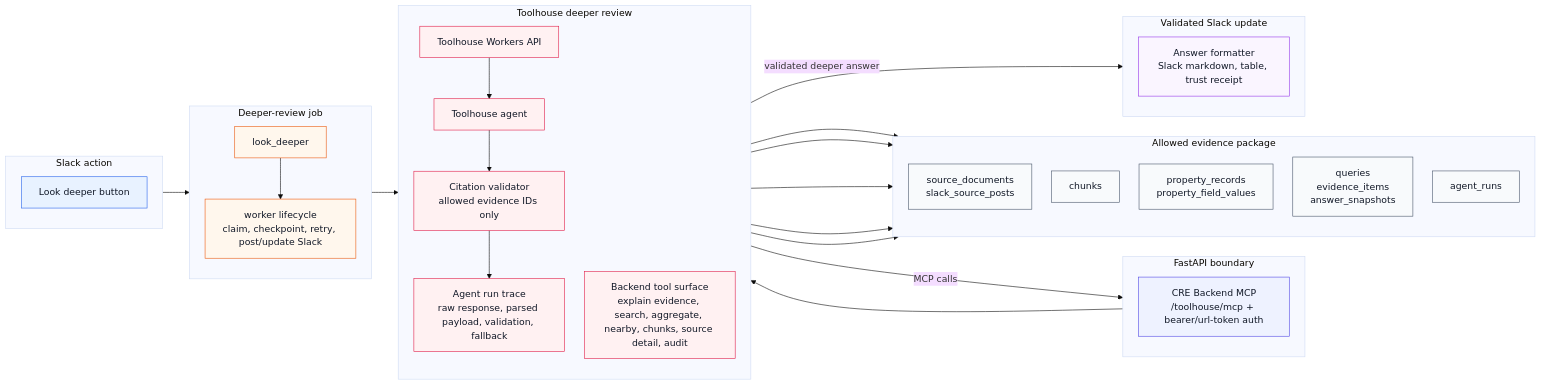
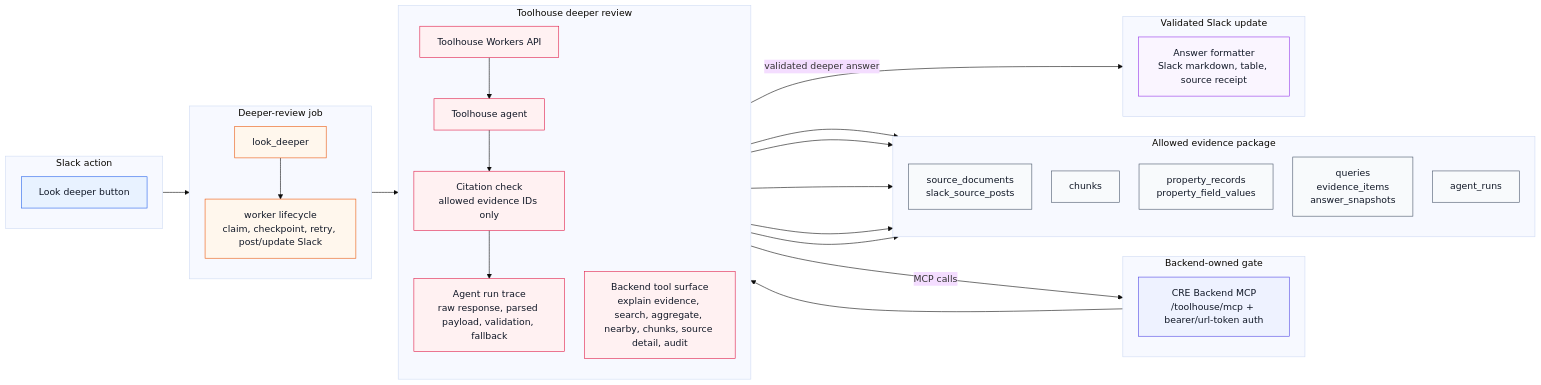
One commit to Aqwerty321/CRE-Knowledge-Engine changed the fourth of 8 diagrams in README.md. Above: the diagram before and after it, drawn with Mermaid (base theme). The commit also changed other lines of this file and 10 other files, not shown here.

````diff
--- a/README.md
+++ b/README.md
@@ -230,67 +230,67 @@
 ```mermaid
 %%{init: {"flowchart": {"curve": "basis", "nodeSpacing": 34, "rankSpacing": 46}} }%%
 flowchart LR
     classDef surface fill:#e8f2ff,stroke:#2563eb,color:#111827
     classDef app fill:#eef2ff,stroke:#4f46e5,color:#111827
     classDef jobs fill:#fff7ed,stroke:#ea580c,color:#111827
     classDef store fill:#f8fafc,stroke:#475569,color:#111827
     classDef answer fill:#faf5ff,stroke:#9333ea,color:#111827
     classDef toolhouse fill:#fff1f2,stroke:#e11d48,color:#111827
 
     subgraph S[Slack action]
         direction TB
         S3[Look deeper button]
     end
 
     subgraph J[Deeper-review job]
         direction TB
         J3[look_deeper]
         J4[worker lifecycle\nclaim, checkpoint, retry, post/update Slack]
     end
 
-    subgraph A[FastAPI boundary]
+    subgraph A[Backend-owned gate]
         direction TB
         A4[CRE Backend MCP\n/toolhouse/mcp + bearer/url-token auth]
     end
 
     subgraph T[Toolhouse deeper review]
         direction TB
         T1[Toolhouse Workers API]
         T2[Toolhouse agent]
         T3[Backend tool surface\nexplain evidence, search, aggregate, nearby, chunks, source detail, audit]
-        T4[Citation validator\nallowed evidence IDs only]
+        T4[Citation check\nallowed evidence IDs only]
         T5[Agent run trace\nraw response, parsed payload, validation, fallback]
     end
 
     subgraph E[Allowed evidence package]
         direction TB
         E1[source_documents\nslack_source_posts]
         E2[chunks]
         E3[property_records\nproperty_field_values]
         E4[queries\nevidence_items\nanswer_snapshots]
         E5[agent_runs]
     end
 
     subgraph R[Validated Slack update]
         direction TB
-        R4[Answer formatter\nSlack markdown, table, trust receipt]
+        R4[Answer formatter\nSlack markdown, table, source receipt]
     end
 
     S3 --> J3 --> J4 --> T1 --> T2
     T2 -->|MCP calls| A4
     A4 --> T3
     T3 --> E1
     T3 --> E2
     T3 --> E3
     T3 --> E4
     T2 --> T4
     T4 --> T5 --> E5
     T4 -->|validated deeper answer| R4
 
     class S3 surface
     class A4 app
     class J3,J4 jobs
     class E1,E2,E3,E4,E5 store
     class R4 answer
     class T1,T2,T3,T4,T5 toolhouse
 ```
````
